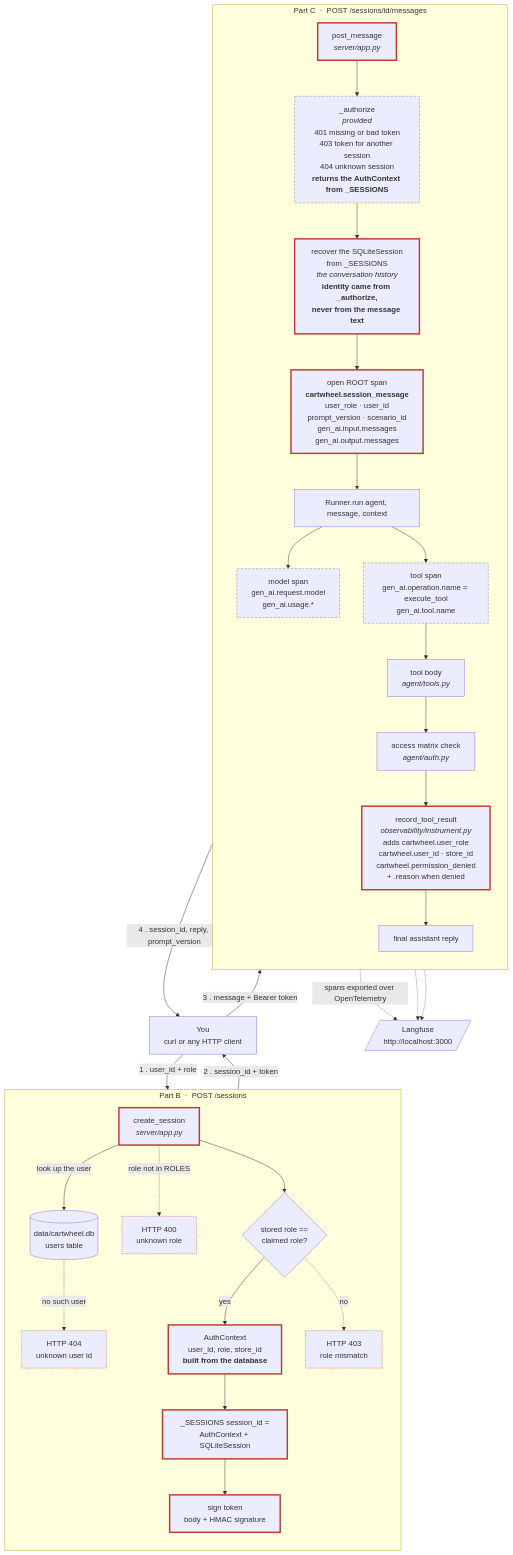
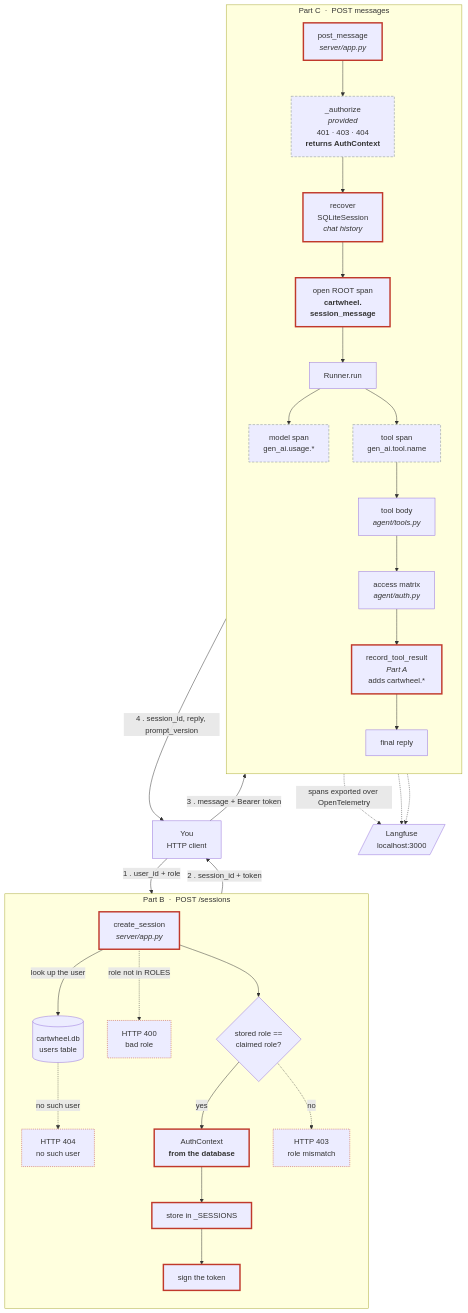
One commit to edangx100/cartwheel-homeworks changed the first of 3 diagrams in homework/module-1/homework_2_diagram.md. Above: the diagram before and after it, drawn with Mermaid. The commit also changed other lines of this file, not shown here.

First line of the commit message:
docs(hw2): shorten the diagram labels so they stop clipping

````diff
--- a/homework/module-1/homework_2_diagram.md
+++ b/homework/module-1/homework_2_diagram.md
@@ -15,62 +15,62 @@
 ```mermaid
 flowchart TD
-    You["You<br/>curl or any HTTP client"]
+    You["You<br/>HTTP client"]
 
     subgraph B["Part B &nbsp;·&nbsp; POST /sessions"]
         direction TB
         CS["create_session<br/><i>server/app.py</i>"]
-        DB[("data/cartwheel.db<br/>users table")]
+        DB[("cartwheel.db<br/>users table")]
         RoleOK{"stored role ==<br/>claimed role?"}
-        E400["HTTP 400<br/>unknown role"]
-        E404["HTTP 404<br/>unknown user id"]
+        E400["HTTP 400<br/>bad role"]
+        E404["HTTP 404<br/>no such user"]
         E403["HTTP 403<br/>role mismatch"]
-        Ctx["AuthContext<br/>user_id, role, store_id<br/><b>built from the database</b>"]
-        Save["_SESSIONS session_id =<br/>AuthContext + SQLiteSession"]
-        Sign["sign token<br/>body + HMAC signature"]
+        Ctx["AuthContext<br/><b>from the database</b>"]
+        Save["store in _SESSIONS"]
+        Sign["sign the token"]
     end
 
-    subgraph C["Part C &nbsp;·&nbsp; POST /sessions/id/messages"]
+    subgraph C["Part C &nbsp;·&nbsp; POST messages"]
         direction TB
         PM["post_message<br/><i>server/app.py</i>"]
-        Authz["_authorize<br/><i>provided</i><br/>401 missing or bad token<br/>403 token for another session<br/>404 unknown session<br/><b>returns the AuthContext from _SESSIONS</b>"]
-        Recover["recover the SQLiteSession<br/>from _SESSIONS<br/><i>the conversation history</i><br/><b>identity came from _authorize,<br/>never from the message text</b>"]
-        Root["open ROOT span<br/><b>cartwheel.session_message</b><br/>user_role · user_id<br/>prompt_version · scenario_id<br/>gen_ai.input.messages<br/>gen_ai.output.messages"]
-        Run["Runner.run agent, message, context"]
-        Model["model span<br/>gen_ai.request.model<br/>gen_ai.usage.*"]
-        TSpan["tool span<br/>gen_ai.operation.name = execute_tool<br/>gen_ai.tool.name"]
+        Authz["_authorize<br/><i>provided</i><br/>401 · 403 · 404<br/><b>returns AuthContext</b>"]
+        Recover["recover<br/>SQLiteSession<br/><i>chat history</i>"]
+        Root["open ROOT span<br/><b>cartwheel.</b><br/><b>session_message</b>"]
+        Run["Runner.run"]
+        Model["model span<br/>gen_ai.usage.*"]
+        TSpan["tool span<br/>gen_ai.tool.name"]
         Tool["tool body<br/><i>agent/tools.py</i>"]
-        Matrix["access matrix check<br/><i>agent/auth.py</i>"]
-        Rec["record_tool_result<br/><i>observability/instrument.py</i><br/>adds cartwheel.user_role<br/>cartwheel.user_id · store_id<br/>cartwheel.permission_denied<br/>+ .reason when denied"]
-        Reply["final assistant reply"]
+        Matrix["access matrix<br/><i>agent/auth.py</i>"]
+        Rec["record_tool_result<br/><i>Part A</i><br/>adds cartwheel.*"]
+        Reply["final reply"]
     end
 
-    LF[/"Langfuse<br/>http://localhost:3000"/]
+    LF[/"Langfuse<br/>localhost:3000"/]
 
     You -->|"1 . user_id + role"| CS
     CS --> RoleOK
     CS -.->|"role not in ROLES"| E400
     CS -->|"look up the user"| DB
     DB -.->|"no such user"| E404
     RoleOK -->|"yes"| Ctx
     RoleOK -.->|"no"| E403
     Ctx --> Save --> Sign
     Sign -->|"2 . session_id + token"| You
 
     You -->|"3 . message + Bearer token"| PM
     PM --> Authz --> Recover --> Root --> Run
     Run --> Model
     Run --> TSpan --> Tool --> Matrix --> Rec
     Rec --> Reply
     Reply -->|"4 . session_id, reply, prompt_version"| You
 
     Root -.->|"spans exported over OpenTelemetry"| LF
     Model -.-> LF
     TSpan -.-> LF
 
     classDef yours stroke:#c0392b,stroke-width:3px
     classDef auto stroke:#7f8c8d,stroke-width:1px,stroke-dasharray: 5 3
     classDef err stroke:#c0392b,stroke-width:1px,stroke-dasharray: 2 2
     class CS,Ctx,Save,Sign,PM,Recover,Root,Rec yours
     class Model,TSpan,Authz auto
     class E400,E403,E404 err
 ```
````
